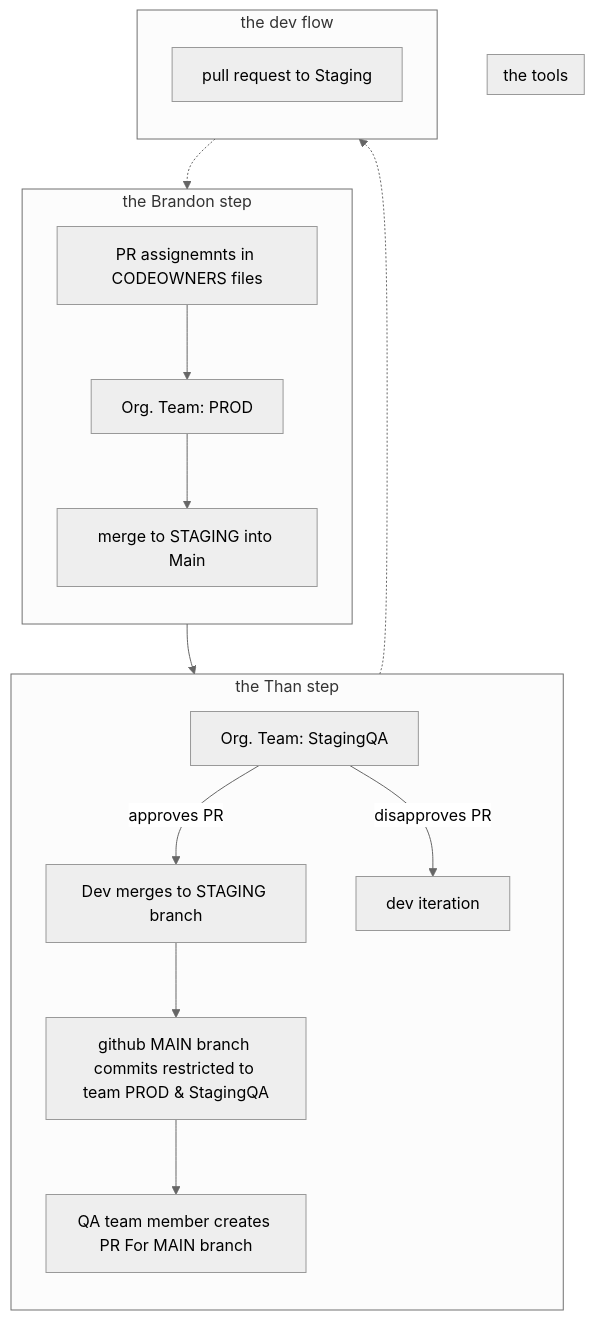
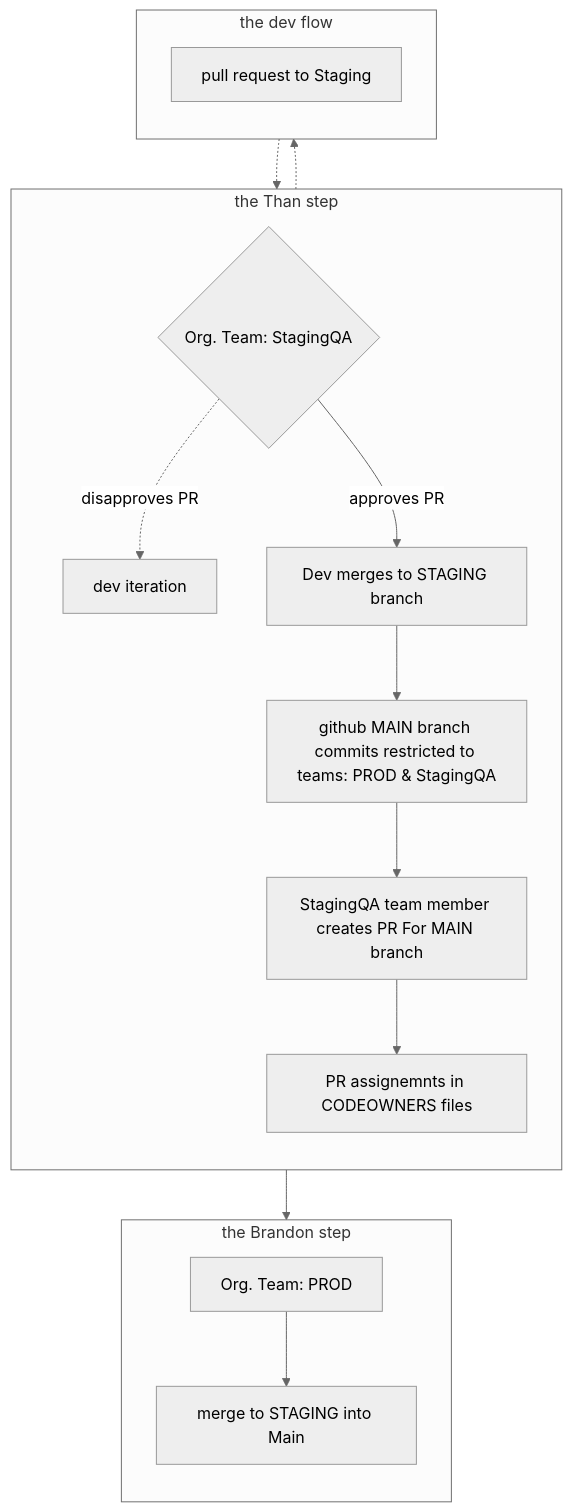
One commit to test123432234/test-config changed the diagram in README.md. Above: the diagram before and after it, drawn with Mermaid (neutral theme).

````diff
--- a/README.md
+++ b/README.md
@@ -16,26 +16,26 @@
 ```mermaid 
 flowchart TB
   subgraph PROD["the Brandon step"]
       direction TB
-      coFile --> prPRODTeam["Org. Team: PROD"] -->  prodDone["merge to STAGING into Main"] 
+      prPRODTeam["Org. Team: PROD"] -->  prodDone["merge to STAGING into Main"] 
   end
   
   subgraph STAGING["the Than step"]
       direction TB
-      coFile --> prQATeam["Org. Team: StagingQA"]
-      prQATeam -- "approves PR" --> devDone[" Dev merges to STAGING branch"] --> branchGating --> prQADone["QA team member creates PR For MAIN branch"]
-      prQATeam -- "disapproves PR" --> devItr
+prQATeam{"Org. Team: StagingQA"}
+      prQATeam -. "disapproves PR" .-> devItr
+      prQATeam -- "approves PR" --> devDone["Dev merges to STAGING branch"]
+      devDone --> branchGating --> prQADone["StagingQA team member creates PR For MAIN branch"]
+      prQADone --> coFile --> prPRODTeam
   end
   
-  subgraph TOOLS["the tools"]
-      direction TB
-      branchGating["github MAIN branch commits restricted to team PROD & StagingQA"]
-      
-  end
+      branchGating["github MAIN branch commits restricted to teams: PROD & StagingQA"]
+      coFile["PR assignemnts in CODEOWNERS files"]
 
   subgraph DEV["the dev flow"]
       direction TB
-      devItr["dev iteration"] -.-> pr["pull request to Staging"] -.-> coFile["PR assignemnts in CODEOWNERS files"]
+      devItr["dev iteration"] -.-> pr["pull request to Staging"] -.-> prQATeam
   end
 
+
 ```
````
